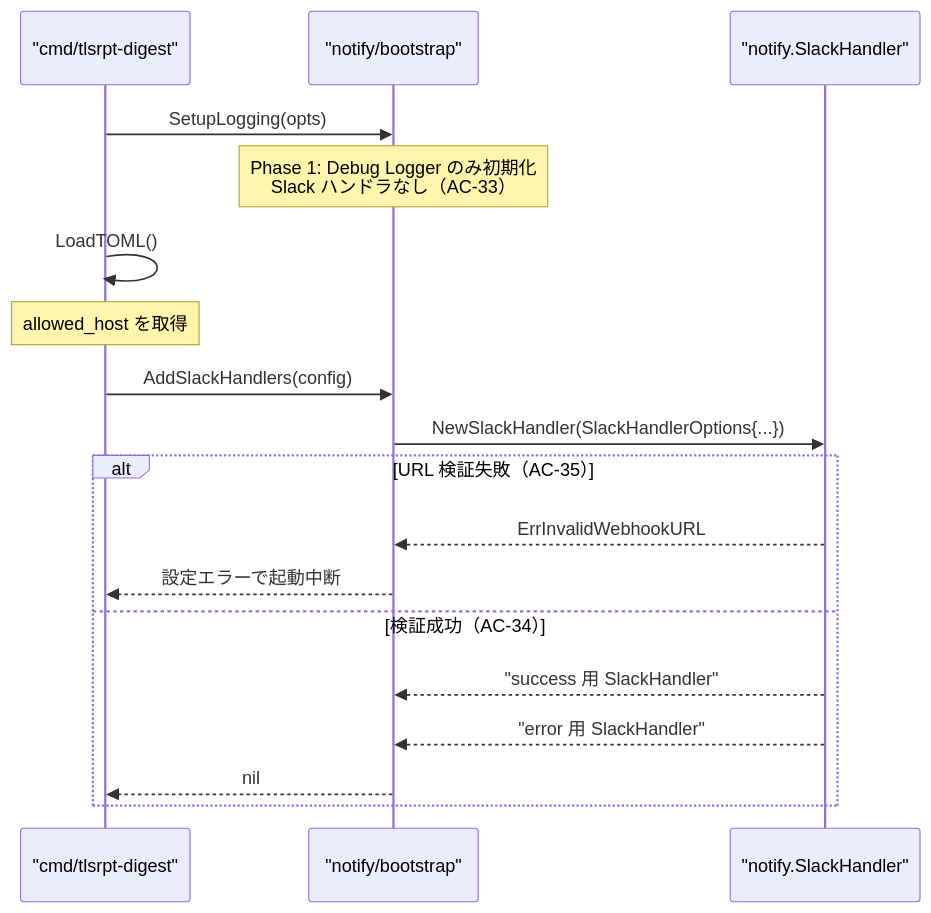
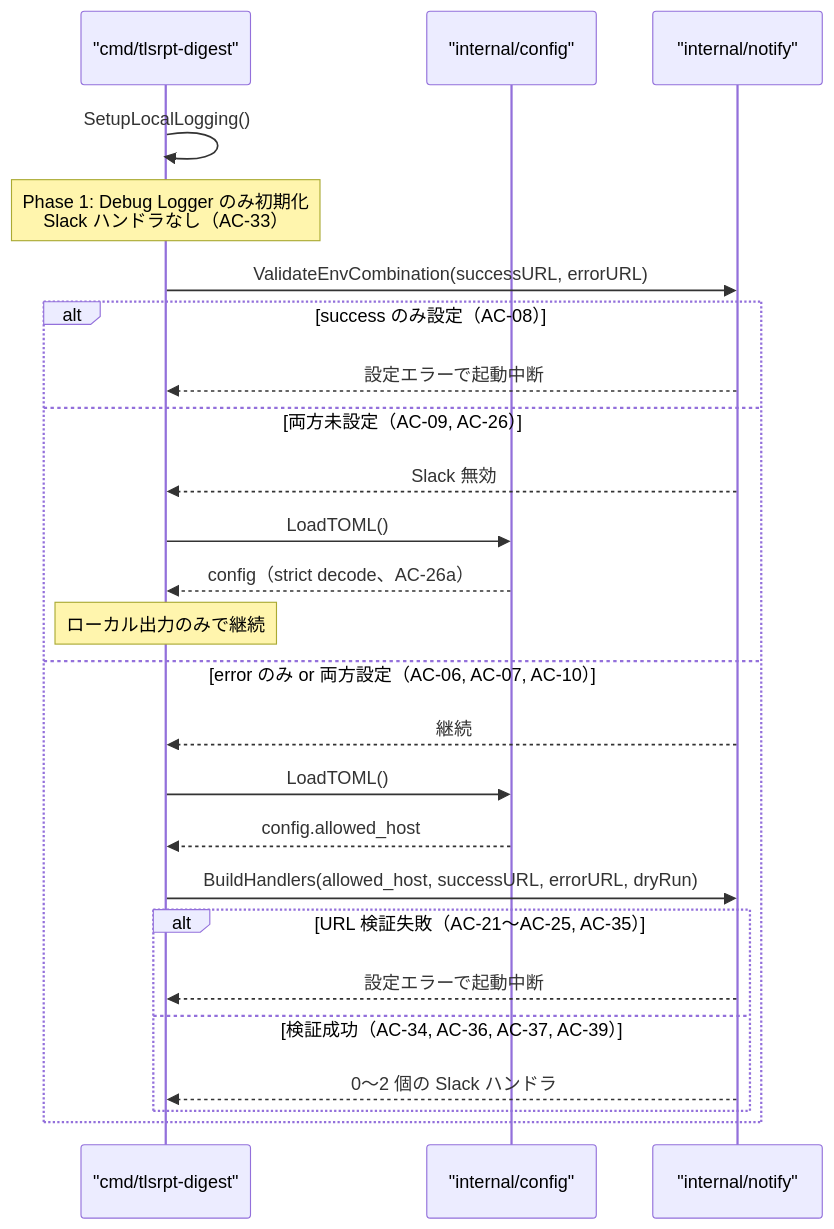
One commit to isseis/tlsrpt-digest changed the sixth of 11 diagrams in docs/tasks/0030_slack_notify/02_architecture.md. Above: the diagram before and after it, drawn with Mermaid. The commit also changed other lines of this file, not shown here.

First line of the commit message:
docs(0030): refine architecture design based on review

````diff
--- a/docs/tasks/0030_slack_notify/02_architecture.md
+++ b/docs/tasks/0030_slack_notify/02_architecture.md
@@ -135,23 +146,29 @@
 ```mermaid
 sequenceDiagram
     participant M as "cmd/tlsrpt-digest"
-    participant NB as "notify/bootstrap"
-    participant SH as "notify.SlackHandler"
+    participant C as "internal/config"
+    participant N as "internal/notify"
 
-    M->>NB: SetupLogging(opts)
-    Note over NB: Phase 1: Debug Logger のみ初期化<br>Slack ハンドラなし（AC-33）
+    M->>M: SetupLocalLogging()
+    Note over M: Phase 1: Debug Logger のみ初期化<br>Slack ハンドラなし（AC-33）
 
-    M->>M: LoadTOML()
-    Note over M: allowed_host を取得
-
-    M->>NB: AddSlackHandlers(config)
-    NB->>SH: NewSlackHandler(SlackHandlerOptions{...})
-    alt URL 検証失敗（AC-35）
-        SH-->>NB: ErrInvalidWebhookURL
-        NB-->>M: 設定エラーで起動中断
-    else 検証成功（AC-34）
-        SH-->>NB: "success 用 SlackHandler"
-        SH-->>NB: "error 用 SlackHandler"
-        NB-->>M: nil
+    M->>N: ValidateEnvCombination(successURL, errorURL)
+    alt success のみ設定（AC-08）
+        N-->>M: 設定エラーで起動中断
+    else 両方未設定（AC-09, AC-26）
+        N-->>M: Slack 無効
+        M->>C: LoadTOML()
+        C-->>M: config（strict decode、AC-26a）
+        Note over M: ローカル出力のみで継続
+    else error のみ or 両方設定（AC-06, AC-07, AC-10）
+        N-->>M: 継続
+        M->>C: LoadTOML()
+        C-->>M: config.allowed_host
+        M->>N: BuildHandlers(allowed_host, successURL, errorURL, dryRun)
+        alt URL 検証失敗（AC-21〜AC-25, AC-35）
+            N-->>M: 設定エラーで起動中断
+        else 検証成功（AC-34, AC-36, AC-37, AC-39）
+            N-->>M: 0〜2 個の Slack ハンドラ
+        end
     end
 ```
````
